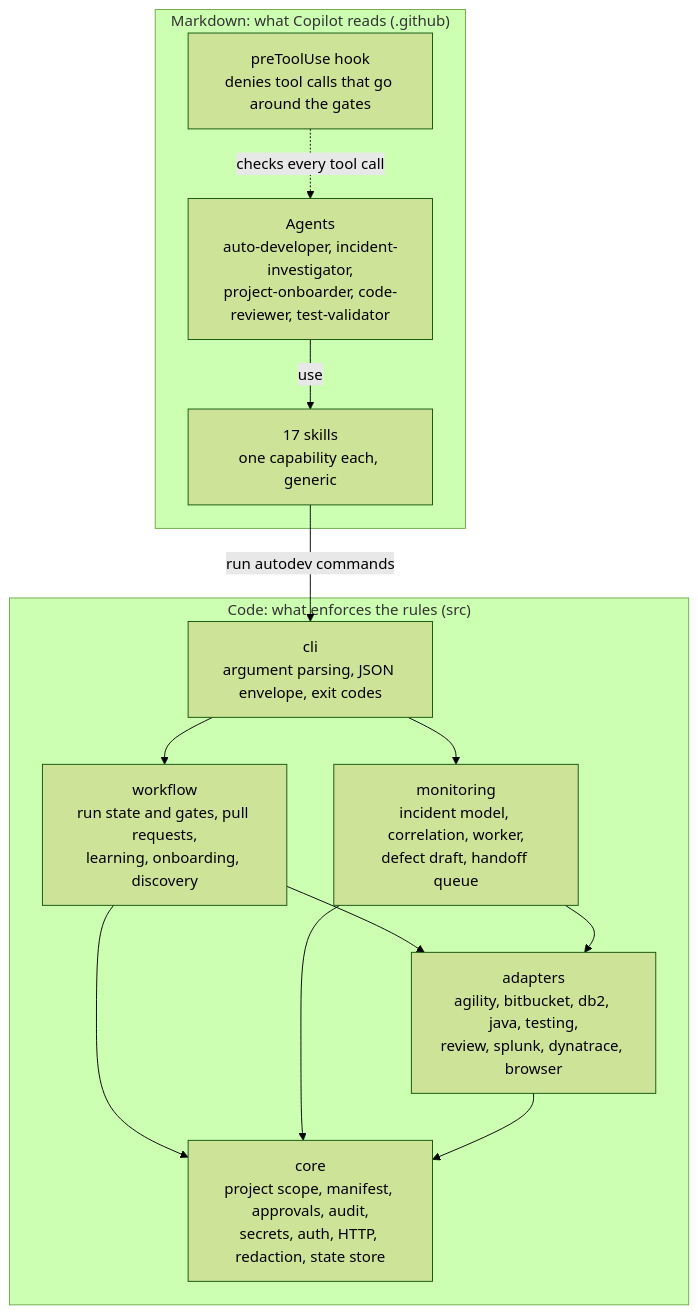
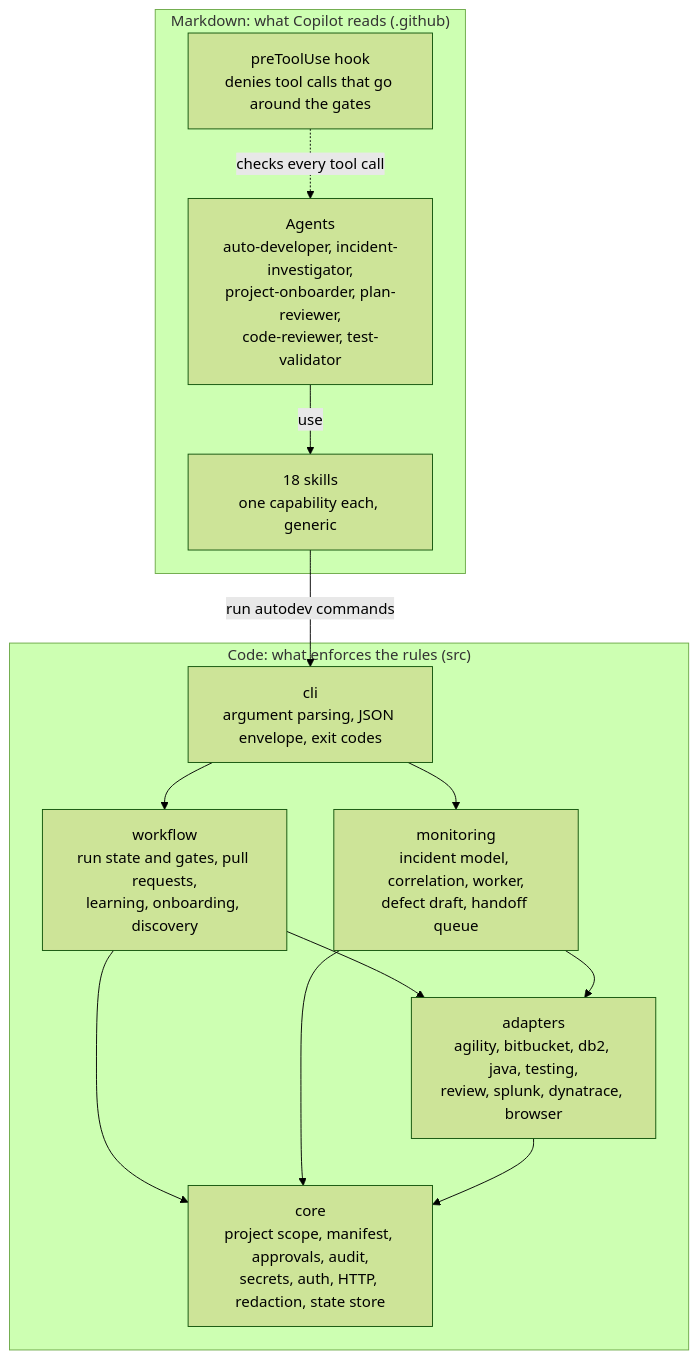
One commit to balapininti/Copilot-CLI-Auto-Developer changed the second of 14 diagrams in docs/diagrams.md. Above: the diagram before and after it, drawn with Mermaid (forest theme). The commit also changed other lines of this file and 25 other files, not shown here.

First line of the commit message:
Require an independently evaluated plan before code is committed

````diff
--- a/docs/diagrams.md
+++ b/docs/diagrams.md
@@ -65,27 +65,27 @@
 ```mermaid
 flowchart TB
     subgraph md["Markdown: what Copilot reads (.github)"]
-        agents["Agents<br/>auto-developer, incident-investigator,<br/>project-onboarder, code-reviewer, test-validator"]
-        skills["17 skills<br/>one capability each, generic"]
+        agents["Agents<br/>auto-developer, incident-investigator,<br/>project-onboarder, plan-reviewer,<br/>code-reviewer, test-validator"]
+        skills["18 skills<br/>one capability each, generic"]
         hook["preToolUse hook<br/>denies tool calls that go around the gates"]
     end
 
     subgraph code["Code: what enforces the rules (src)"]
         clilayer["cli<br/>argument parsing, JSON envelope, exit codes"]
         workflow["workflow<br/>run state and gates, pull requests,<br/>learning, onboarding, discovery"]
         monitoring["monitoring<br/>incident model, correlation, worker,<br/>defect draft, handoff queue"]
         adapters["adapters<br/>agility, bitbucket, db2, java, testing,<br/>review, splunk, dynatrace, browser"]
         core["core<br/>project scope, manifest, approvals, audit,<br/>secrets, auth, HTTP, redaction, state store"]
     end
 
     agents -- "use" --> skills
     skills -- "run autodev commands" --> clilayer
     hook -. "checks every tool call" .-> agents
     clilayer --> workflow
     clilayer --> monitoring
     workflow --> adapters
     monitoring --> adapters
     workflow --> core
     monitoring --> core
     adapters --> core
 ```
````
